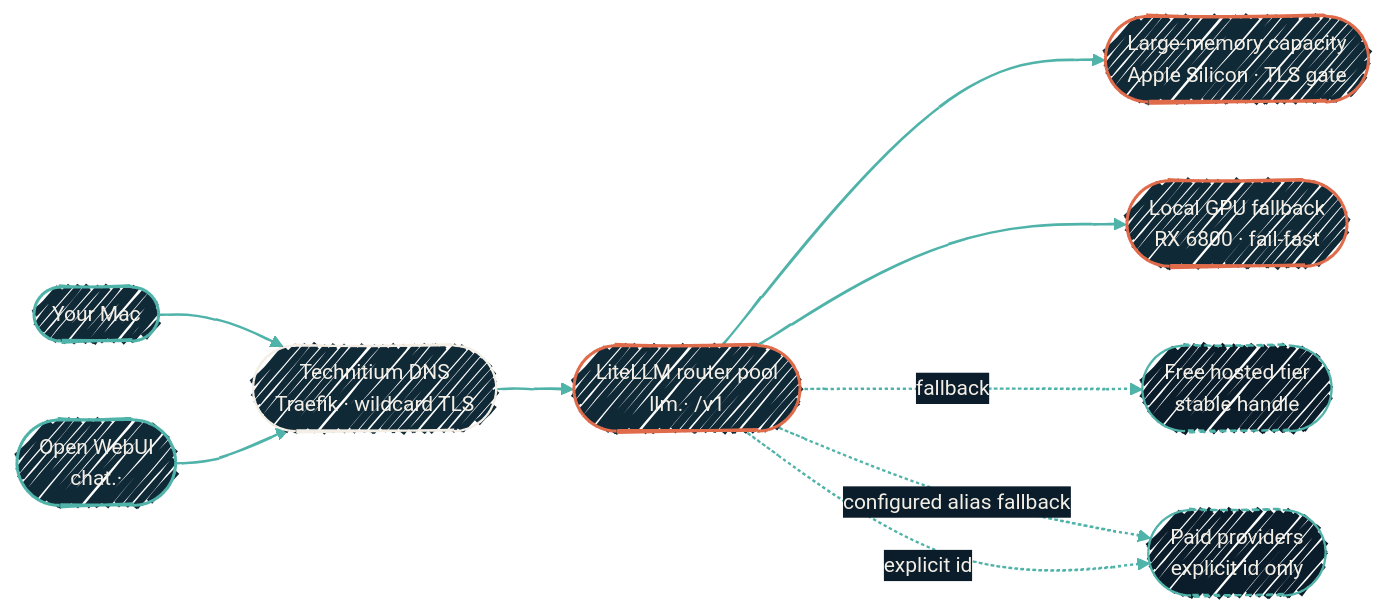
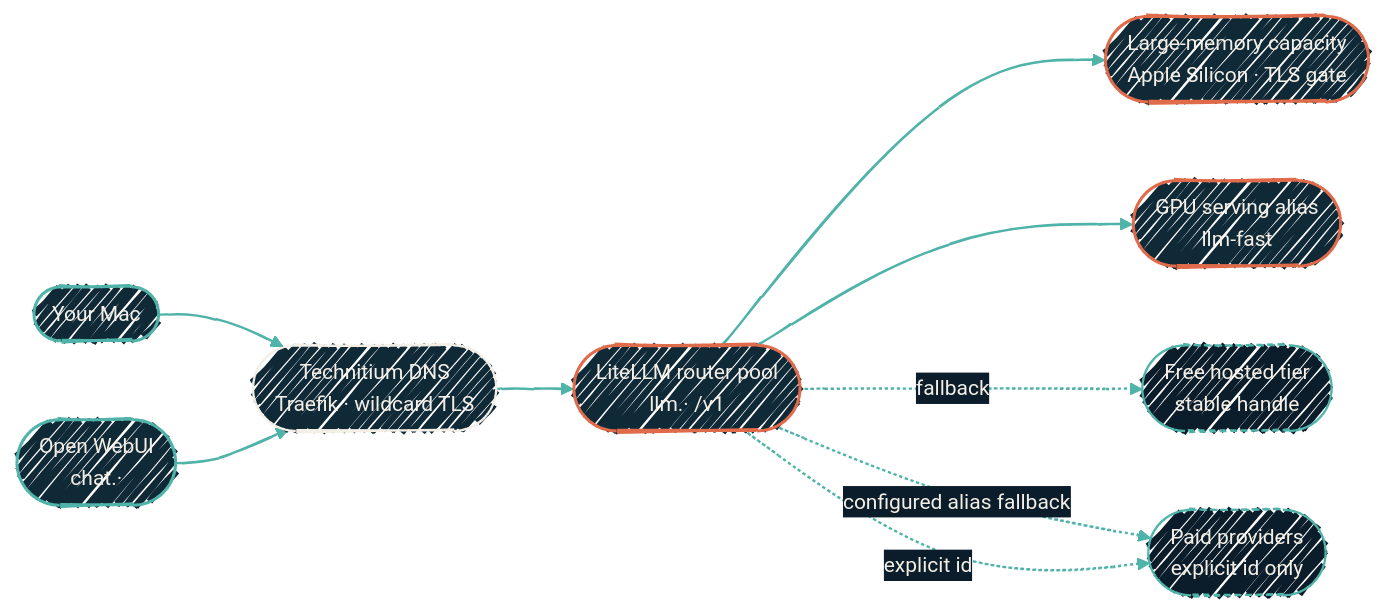
Before and after one commit to dryvist/docs: the diagram in local-llm/homelab-gpu.mdx, drawn with Mermaid. The commit also changed other lines of this file and 7 other files, not shown here.

````diff
--- a/local-llm/homelab-gpu.mdx
+++ b/local-llm/homelab-gpu.mdx
@@ -60,34 +54,34 @@
 ```mermaid
 %%{init:
   {'theme':'base','look':'handDrawn','themeVariables':{'fontFamily':'Geist','fontSize':'14px','primaryColor':'#102937','primaryTextColor':'#F4EFE6','primaryBorderColor':'#4FB3A9','lineColor':'#4FB3A9','secondaryColor':'#0B1D2A','tertiaryColor':'#1A2A38','clusterBkg':'rgba(79,179,169,0.08)','clusterBorder':'#4FB3A9'}}}%%
   flowchart LR
   Mac([Your Mac])
   Chat([Open WebUI<br/>chat.·])
   Edge([Technitium DNS<br/>Traefik · wildcard TLS])
   Pool([LiteLLM router pool<br/>llm.· /v1])
   Large([Large-memory capacity<br/>Apple Silicon · TLS gate])
-  Fast([Local GPU fallback<br/>RX 6800 · fail-fast])
+  Fast(["GPU serving alias<br/>llm-fast"])
   Free([Free hosted tier<br/>stable handle])
   Paid([Paid providers<br/>explicit id only])
 
   Mac --> Edge
   Chat --> Edge
   Edge --> Pool
   Pool --> Large
   Pool --> Fast
   Pool -.fallback.-> Free
   Pool -.configured alias fallback.-> Paid
   Pool -.explicit id.-> Paid
 
   classDef host fill:#102937,stroke:#4FB3A9,stroke-width:2px,color:#F4EFE6;
   classDef edge fill:#102937,stroke:#F4EFE6,stroke-width:1.5px,color:#F4EFE6;
   classDef ai   fill:#102937,stroke:#E06B4A,stroke-width:2px,color:#F4EFE6;
   classDef cloud fill:#0B1D2A,stroke:#4FB3A9,stroke-width:1.5px,color:#F4EFE6,stroke-dasharray: 4 3;
 
   class Mac,Chat host
   class Edge edge
   class Pool,Large,Fast ai
   class Free,Paid cloud
 
   linkStyle default stroke:#4FB3A9,stroke-width:1.5px;
 ```
````
